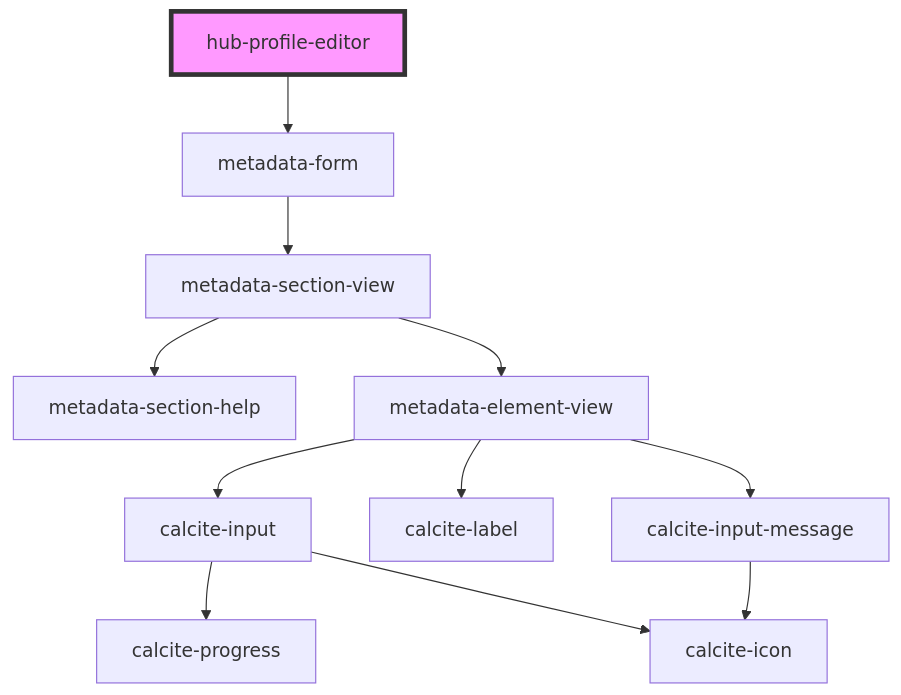
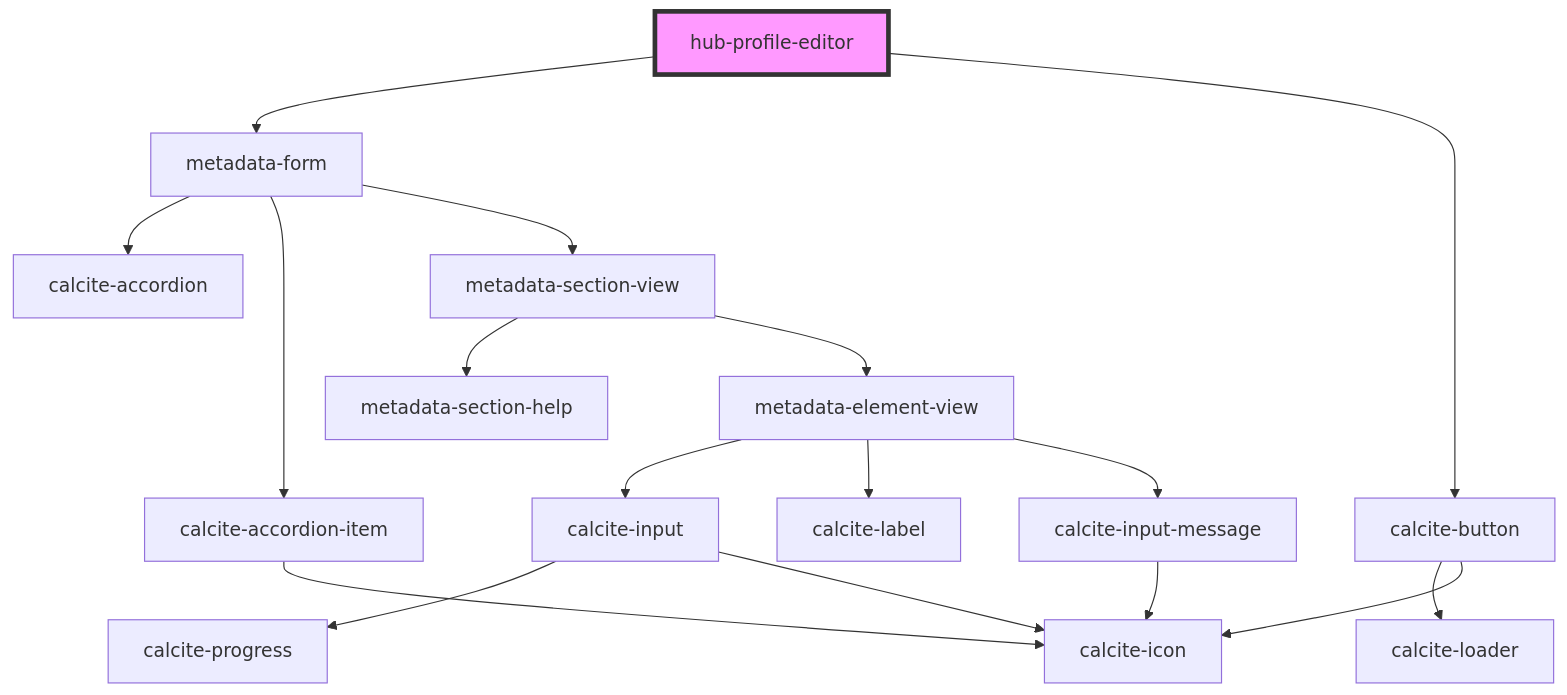
Before and after one commit to esridc/hub-components-experiments: the diagram in src/components/containers/hub-profile-editor/readme.md, drawn with Mermaid. The commit also changed other lines of this file and 15 other files, not shown here.

Commit message:
Updated content metadata editor

````diff
--- a/src/components/containers/hub-profile-editor/readme.md
+++ b/src/components/containers/hub-profile-editor/readme.md
@@ -25,14 +26,20 @@
 ```mermaid
 graph TD;
   hub-profile-editor --> metadata-form
+  hub-profile-editor --> calcite-button
+  metadata-form --> calcite-accordion
+  metadata-form --> calcite-accordion-item
   metadata-form --> metadata-section-view
+  calcite-accordion-item --> calcite-icon
   metadata-section-view --> metadata-section-help
   metadata-section-view --> metadata-element-view
   metadata-element-view --> calcite-input
   metadata-element-view --> calcite-label
   metadata-element-view --> calcite-input-message
   calcite-input --> calcite-progress
   calcite-input --> calcite-icon
   calcite-input-message --> calcite-icon
+  calcite-button --> calcite-loader
+  calcite-button --> calcite-icon
   style hub-profile-editor fill:#f9f,stroke:#333,stroke-width:4px
 ```
````
